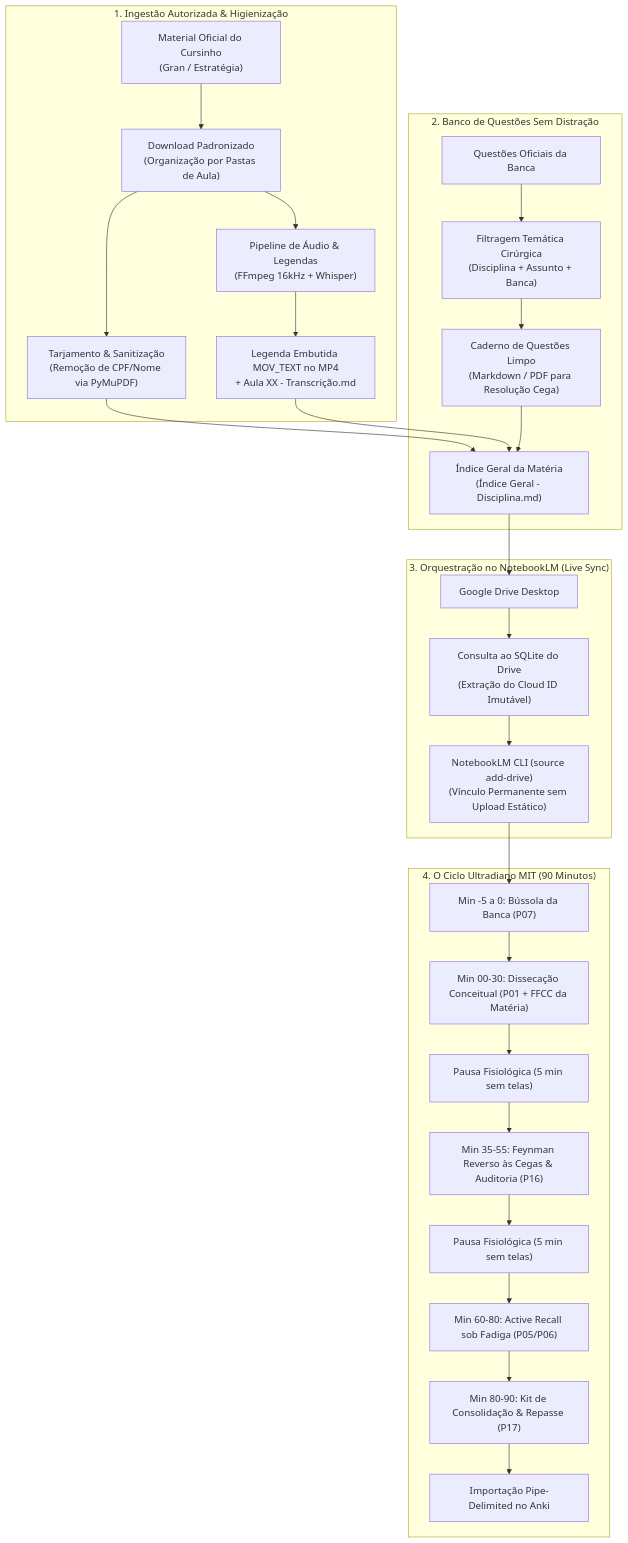
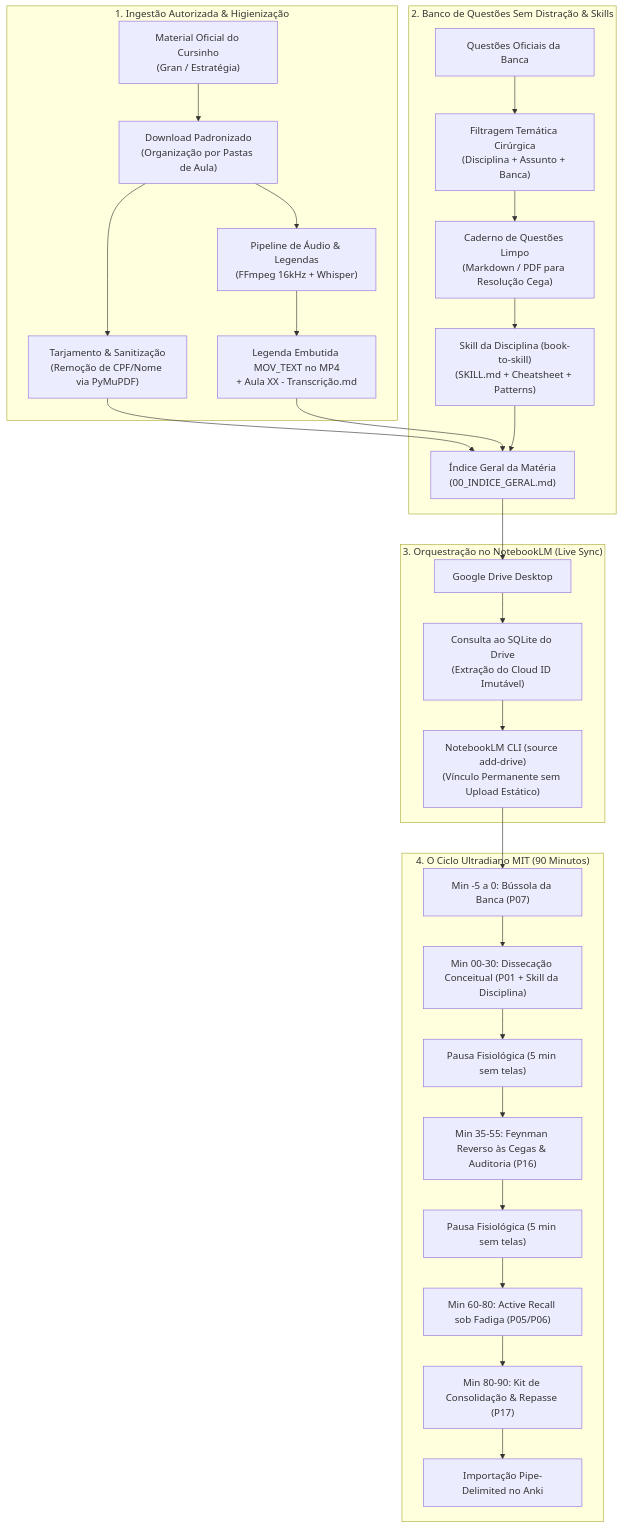
Before and after one commit to gilsonnogueira/notebooklm-para-concursos: the diagram in README.md, drawn with Mermaid. The commit also changed other lines of this file and 33 other files, not shown here.

Commit message:
feat: atualiza prompts P01-P20, substitui frameworks FFCC pela arquitetura book-to-skill e adiciona disclaimer juridico anti-pirataria

````diff
--- a/README.md
+++ b/README.md
@@ -99,32 +113,33 @@
 ```mermaid
 flowchart TD
     subgraph INGESTAO ["1. Ingestão Autorizada & Higienização"]
         A1["Material Oficial do Cursinho<br>(Gran / Estratégia)"] --> A2["Download Padronizado<br>(Organização por Pastas de Aula)"]
         A2 --> A3["Tarjamento & Sanitização<br>(Remoção de CPF/Nome via PyMuPDF)"]
         A2 --> A4["Pipeline de Áudio & Legendas<br>(FFmpeg 16kHz + Whisper)"]
         A4 --> A5["Legenda Embutida MOV_TEXT no MP4<br>+ Aula XX - Transcrição.md"]
     end
 
-    subgraph ESTRUTURACAO ["2. Banco de Questões Sem Distração"]
+    subgraph ESTRUTURACAO ["2. Banco de Questões Sem Distração & Skills"]
         B1["Questões Oficiais da Banca"] --> B2["Filtragem Temática Cirúrgica<br>(Disciplina + Assunto + Banca)"]
         B2 --> B3["Caderno de Questões Limpo<br>(Markdown / PDF para Resolução Cega)"]
-        A3 & A5 & B3 --> B4["Índice Geral da Matéria<br>(Índice Geral - Disciplina.md)"]
+        B3 --> B4["Skill da Disciplina (book-to-skill)<br>(SKILL.md + Cheatsheet + Patterns)"]
+        A3 & A5 & B4 --> B5["Índice Geral da Matéria<br>(00_INDICE_GERAL.md)"]
     end
 
     subgraph MEMORIA ["3. Orquestração no NotebookLM (Live Sync)"]
-        B4 --> C1["Google Drive Desktop"]
+        B5 --> C1["Google Drive Desktop"]
         C1 --> C2["Consulta ao SQLite do Drive<br>(Extração do Cloud ID Imutável)"]
         C2 --> C3["NotebookLM CLI (source add-drive)<br>(Vínculo Permanente sem Upload Estático)"]
     end
 
     subgraph COGNICAO ["4. O Ciclo Ultradiano MIT (90 Minutos)"]
         C3 --> D1["Min -5 a 0: Bússola da Banca (P07)"]
-        D1 --> D2["Min 00-30: Dissecação Conceitual (P01 + FFCC da Matéria)"]
+        D1 --> D2["Min 00-30: Dissecação Conceitual (P01 + Skill da Disciplina)"]
         D2 --> D3["Pausa Fisiológica (5 min sem telas)"]
         D3 --> D4["Min 35-55: Feynman Reverso às Cegas & Auditoria (P16)"]
         D4 --> D5["Pausa Fisiológica (5 min sem telas)"]
         D5 --> D6["Min 60-80: Active Recall sob Fadiga (P05/P06)"]
         D6 --> D7["Min 80-90: Kit de Consolidação & Repasse (P17)"]
         D7 --> D8["Importação Pipe-Delimited no Anki"]
     end
 ```
````
